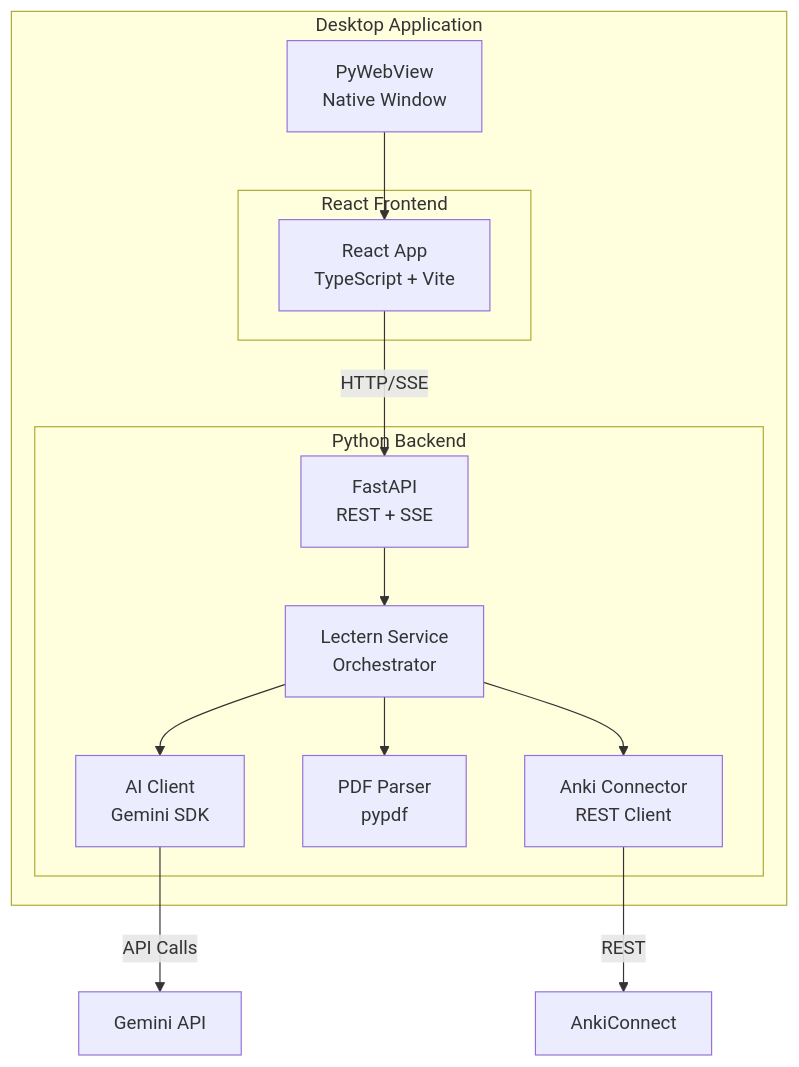
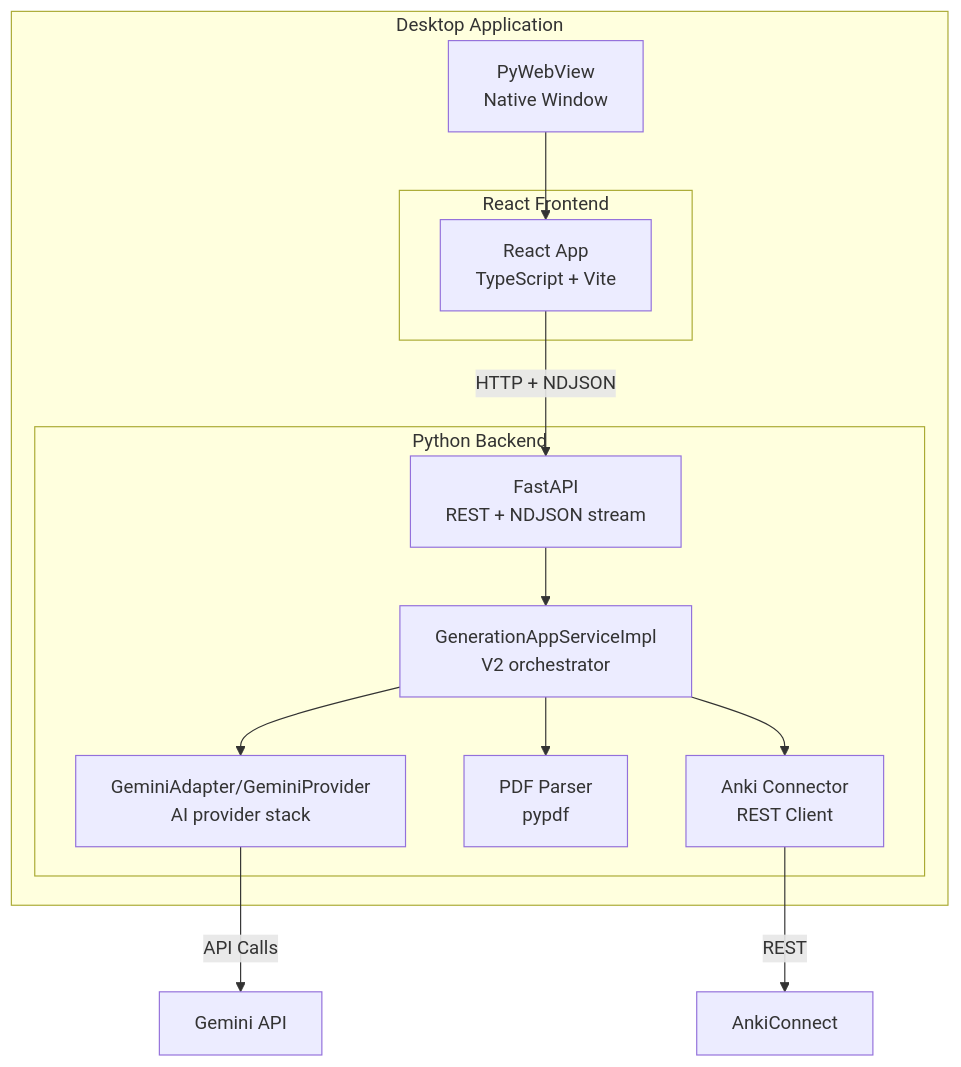
The second of 4 diagrams in docs/ARCHITECTURE.md (stegra05/Lectern), drawn with Mermaid before and after one commit. The commit also changed other lines of this file and 2 other files, not shown here.

Commit message:
docs: align architecture and frontend docs

````diff
--- a/docs/ARCHITECTURE.md
+++ b/docs/ARCHITECTURE.md
@@ -27,28 +27,28 @@
 ```mermaid
 graph TB
     subgraph Desktop["Desktop Application"]
         PyWebView["PyWebView<br/>Native Window"]
         
         subgraph Backend["Python Backend"]
-            FastAPI["FastAPI<br/>REST + SSE"]
-            Service["Lectern Service<br/>Orchestrator"]
-            AIClient["AI Client<br/>Gemini SDK"]
+            FastAPI["FastAPI<br/>REST + NDJSON stream"]
+            Service["GenerationAppServiceImpl<br/>V2 orchestrator"]
+            AIClient["GeminiAdapter/GeminiProvider<br/>AI provider stack"]
             PDFParser["PDF Parser<br/>pypdf"]
             AnkiConn["Anki Connector<br/>REST Client"]
         end
         
         subgraph Frontend["React Frontend"]
             React["React App<br/>TypeScript + Vite"]
         end
     end
     
     PyWebView --> React
-    React -->|"HTTP/SSE"| FastAPI
+    React -->|"HTTP + NDJSON"| FastAPI
     FastAPI --> Service
     Service --> AIClient
     Service --> PDFParser
     Service --> AnkiConn
     
     AIClient -->|"API Calls"| Gemini["Gemini API"]
     AnkiConn -->|"REST"| Anki["AnkiConnect"]
 ```
````
